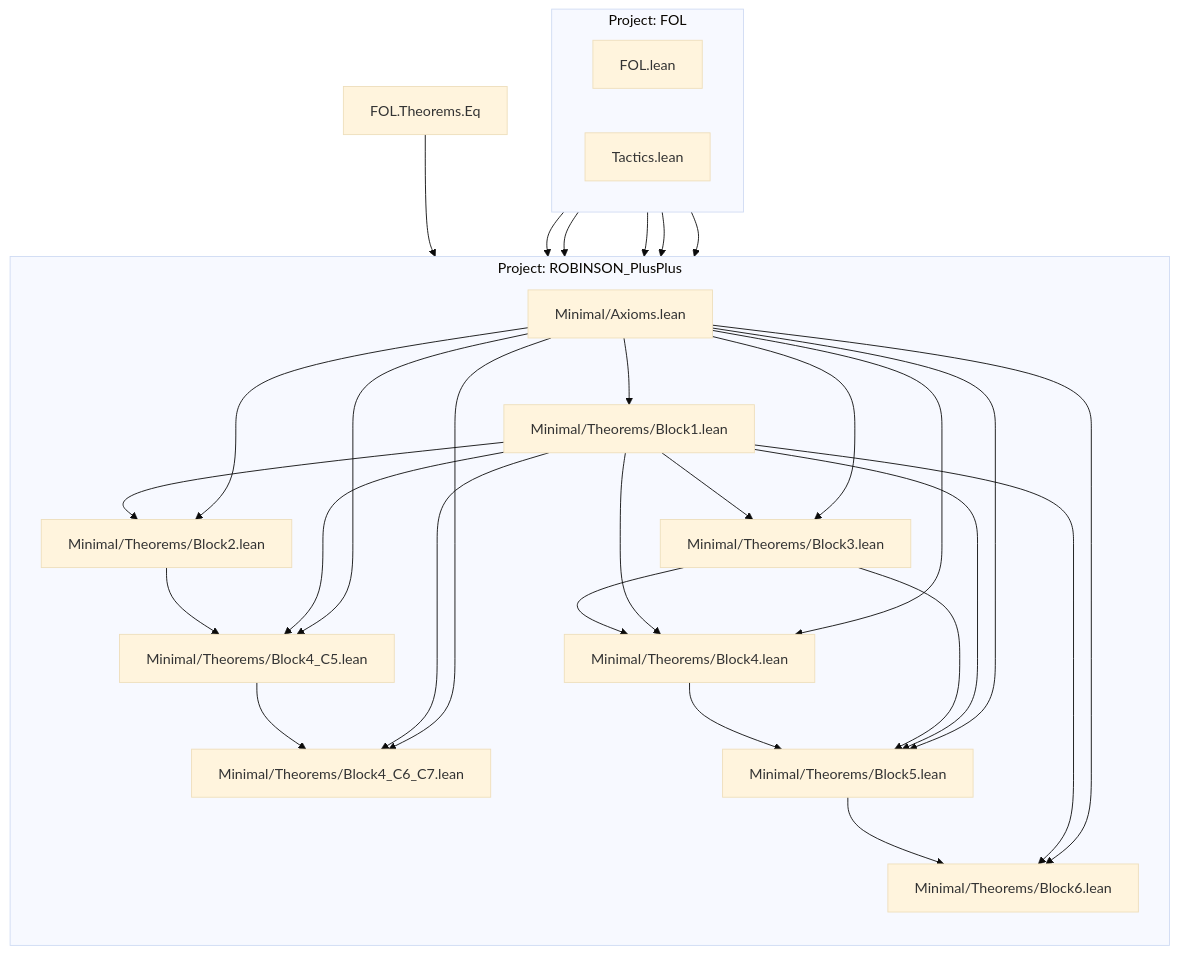
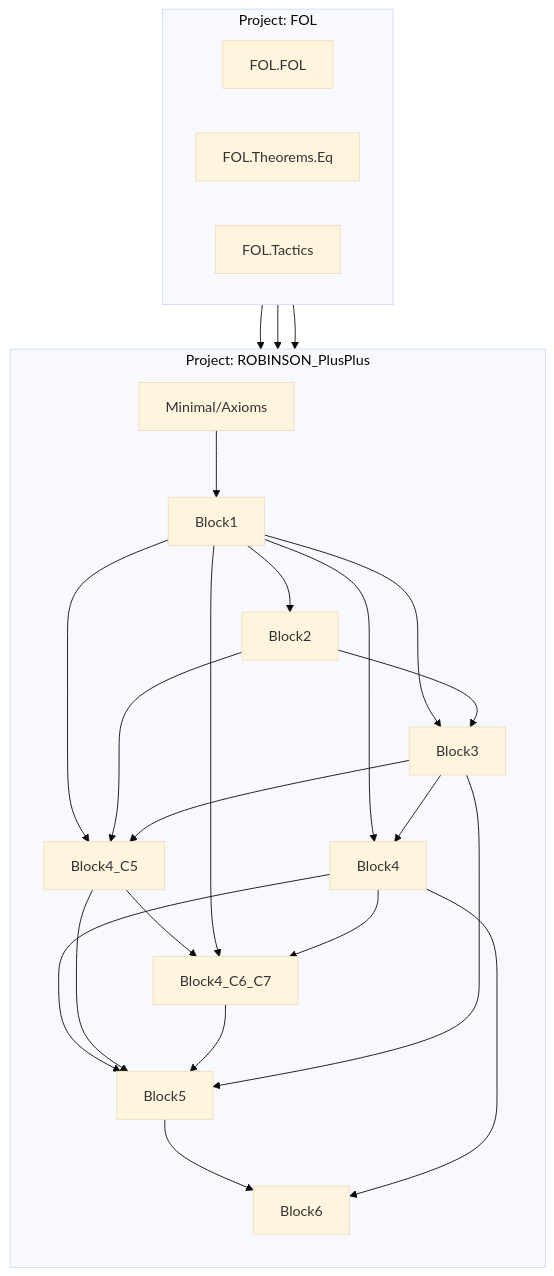
One commit to julian1c2a/ROBINSON_PlusPlus changed the diagram in REFERENCE.md. Above: the diagram before and after it, drawn with Mermaid (base theme). The commit also changed other lines of this file and 10 other files, not shown here.

````diff
--- a/REFERENCE.md
+++ b/REFERENCE.md
@@ -107,49 +59,44 @@
 ```mermaid
 graph TD
-    subgraph "Project: FOL"
+    subgraph FOL ["Project: FOL"]
         direction LR
-        FOL_FOL["FOL.lean"]
-        FOL_Tactics["Tactics.lean"]
+        FOL_FOL["FOL.FOL"]
+        FOL_Eq["FOL.Theorems.Eq"]
+        FOL_Tactics["FOL.Tactics"]
     end
 
-    subgraph "Project: ROBINSON_PlusPlus"
+    subgraph RPP ["Project: ROBINSON_PlusPlus"]
         direction TB
-        Axioms["Minimal/Axioms.lean"]
-        Block1["Minimal/Theorems/Block1.lean"]
-        Block2["Minimal/Theorems/Block2.lean"]
-        Block3["Minimal/Theorems/Block3.lean"]
-        Block4["Minimal/Theorems/Block4.lean"]
-        Block4_C5["Minimal/Theorems/Block4_C5.lean"]
-        Block4_C6_C7["Minimal/Theorems/Block4_C6_C7.lean"]
-        Block5["Minimal/Theorems/Block5.lean"]
-        Block6["Minimal/Theorems/Block6.lean"]
+        Axioms["Minimal/Axioms"]
+        Block1["Block1"]
+        Block2["Block2"]
+        Block3["Block3"]
+        Block4["Block4"]
+        Block4_C5["Block4_C5"]
+        Block4_C6_C7["Block4_C6_C7"]
+        Block5["Block5"]
+        Block6["Block6"]
     end
 
     FOL_FOL --> Axioms
-    FOL_EqThm["FOL.Theorems.Eq"] --> Axioms
+    FOL_Eq --> Axioms
     Axioms --> Block1
-    Axioms --> Block2
-    Axioms --> Block3
-    Axioms --> Block4
-    Axioms --> Block4_C5
-    Axioms --> Block4_C6_C7
-    Axioms --> Block5
-    Axioms --> Block6
+    FOL_Tactics --> Block1
     Block1 --> Block2
     Block1 --> Block3
+    Block2 --> Block3
     Block1 --> Block4
+    Block3 --> Block4
     Block1 --> Block4_C5
+    Block2 --> Block4_C5
+    Block3 --> Block4_C5
+    Block4_C5 --> Block4_C6_C7
     Block1 --> Block4_C6_C7
-    Block1 --> Block5
-    Block1 --> Block6
-    Block2 --> Block4_C5
-    Block3 --> Block4
+    Block4 --> Block4_C6_C7
+    Block4 --> Block5
+    Block4_C5 --> Block5
+    Block4_C6_C7 --> Block5
     Block3 --> Block5
-    Block4 --> Block5
-    Block4_C5 --> Block4_C6_C7
     Block5 --> Block6
-    FOL_Tactics --> Block1
-    FOL_Tactics --> Block2
-    FOL_Tactics --> Block4_C5
-    FOL_Tactics --> Block3
+    Block4 --> Block6
 ```
````
